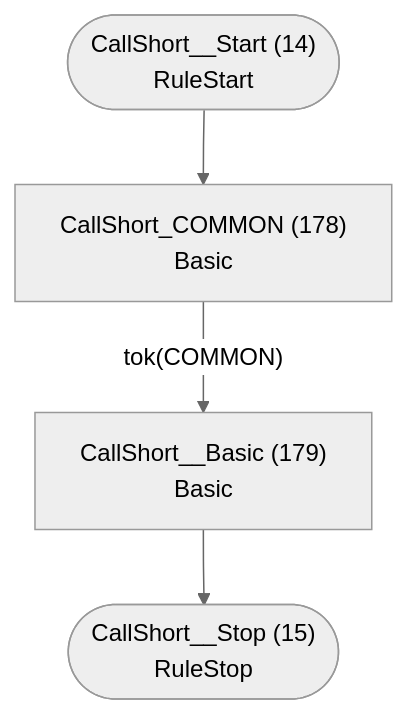
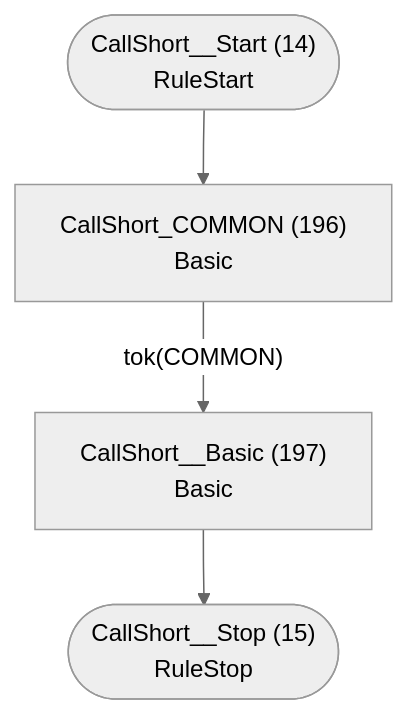
One commit to TypeFox/fastbelt changed the eighth of 46 diagrams in internal/languages/completion/atn.md. Above: the diagram before and after it, drawn with Mermaid (neutral theme). The commit also changed other lines of this file and 41 other files, not shown here.

````diff
--- a/internal/languages/completion/atn.md
+++ b/internal/languages/completion/atn.md
@@ -297,11 +317,11 @@
 ```mermaid
 flowchart TD
     q14(["CallShort__Start (14)<br/>RuleStart"])
     q15(["CallShort__Stop (15)<br/>RuleStop"])
-    q178["CallShort_COMMON (178)<br/>Basic<br/>"]
-    q179["CallShort__Basic (179)<br/>Basic<br/>"]
+    q196["CallShort_COMMON (196)<br/>Basic<br/>"]
+    q197["CallShort__Basic (197)<br/>Basic<br/>"]
 
-    q14 --> q178
-    q178 -->|"tok(COMMON)"| q179
-    q179 --> q15
+    q14 --> q196
+    q196 -->|"tok(COMMON)"| q197
+    q197 --> q15
 ```
````
